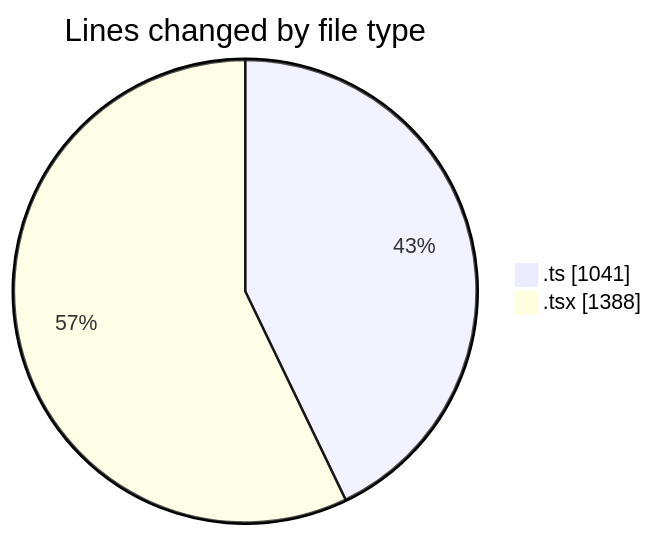
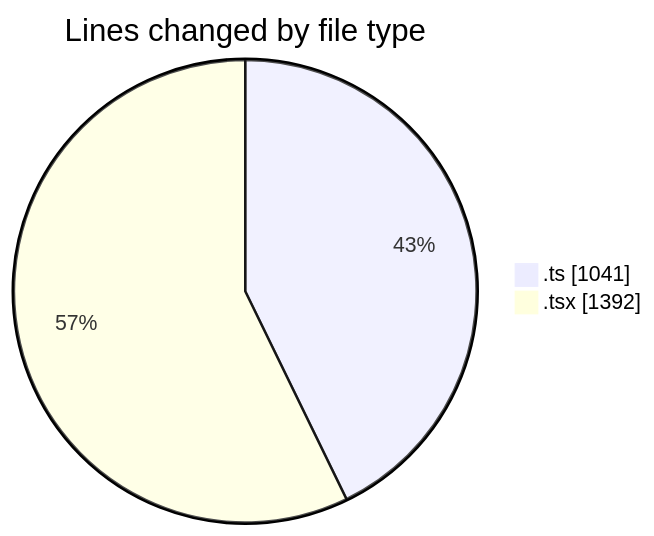
One commit to momahboobian/code-tracking changed the first of 2 diagrams in 2025-09-02/cda/README.md. Above: the diagram before and after it, drawn with Mermaid. The commit also changed other lines of this file and 1 other file, not shown here.

````diff
--- a/2025-09-02/cda/README.md
+++ b/2025-09-02/cda/README.md
@@ -28,6 +28,6 @@
 ```mermaid
 pie showData
 title Lines changed by file type
 ".ts" : 1041
-".tsx" : 1388
+".tsx" : 1392
 ```
````
